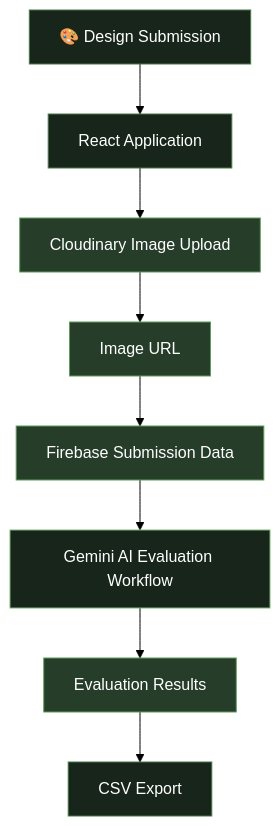
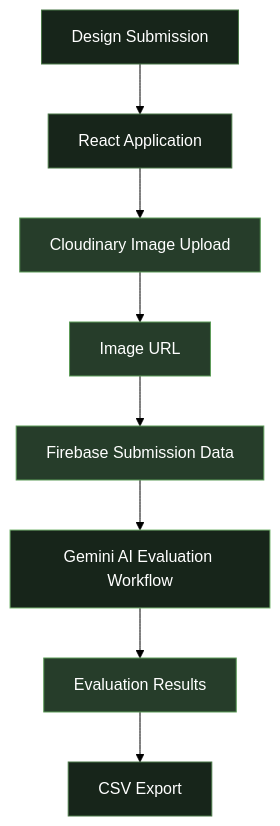
One commit to Saheera-006/Artify changed the diagram in README.md. Above: the diagram before and after it, drawn with Mermaid (forest theme). The commit also changed other lines of this file, not shown here.

````diff
--- a/README.md
+++ b/README.md
@@ -74,19 +90,19 @@
 ```mermaid
 flowchart TD
-    A["🎨 Design Submission"] --> B["React Application"]
+    A["Design Submission"] --> B["React Application"]
     B --> C["Cloudinary Image Upload"]
     C --> D["Image URL"]
     D --> E["Firebase Submission Data"]
     E --> F["Gemini AI Evaluation Workflow"]
     F --> G["Evaluation Results"]
     G --> H["CSV Export"]
 
     style A fill:#17251A,stroke:#497746,color:#FFFFFF
     style B fill:#17251A,stroke:#497746,color:#FFFFFF
     style C fill:#263D2A,stroke:#5C9C58,color:#FFFFFF
     style D fill:#263D2A,stroke:#5C9C58,color:#FFFFFF
     style E fill:#263D2A,stroke:#5C9C58,color:#FFFFFF
     style F fill:#17251A,stroke:#7BB875,color:#FFFFFF
     style G fill:#263D2A,stroke:#5C9C58,color:#FFFFFF
     style H fill:#17251A,stroke:#497746,color:#FFFFFF
 ```
````
